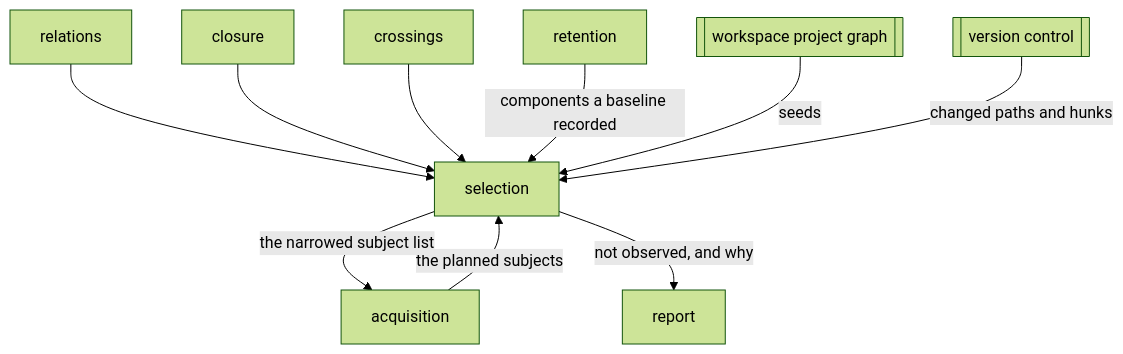
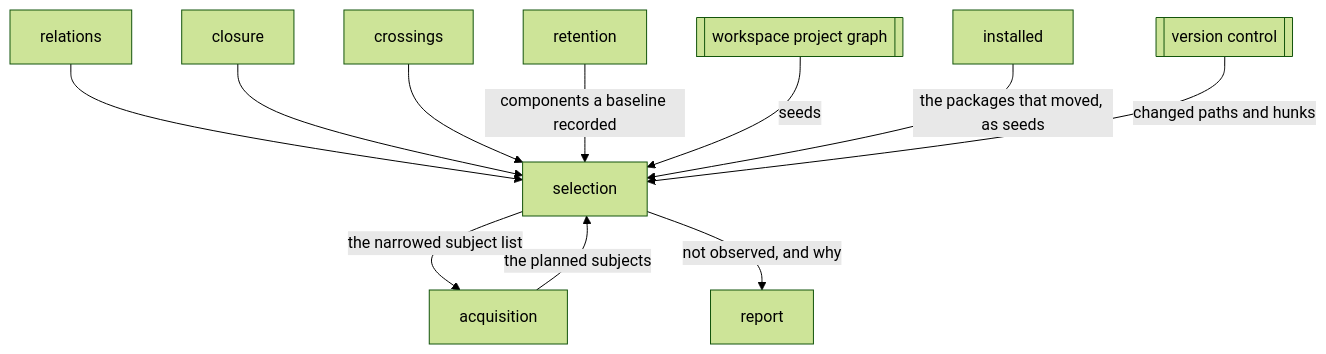
One commit to Variance-Authority/variance-authority changed the diagram in .compass/variance-authority/reach/selection/README.md. Above: the diagram before and after it, drawn with Mermaid (forest theme). The commit also changed other lines of this file and 44 other files, not shown here.

First line of the commit message:
feat(sense): reach the packages an install moved

````diff
--- a/.compass/variance-authority/reach/selection/README.md
+++ b/.compass/variance-authority/reach/selection/README.md
@@ -108,12 +131,13 @@
 ```mermaid
 flowchart TB
   REL[relations] --> SEL[selection]
   CLO[closure] --> SEL
   CROSS[crossings] --> SEL
   RET[retention] -->|components a baseline recorded| SEL
   ACQ[acquisition] -->|the planned subjects| SEL
   TOOLS[[workspace project graph]] -->|seeds| SEL
+  INS[installed] -->|the packages that moved, as seeds| SEL
   VCS[[version control]] -->|changed paths and hunks| SEL
   SEL -->|the narrowed subject list| ACQ
   SEL -->|not observed, and why| REP[report]
 ```
````
